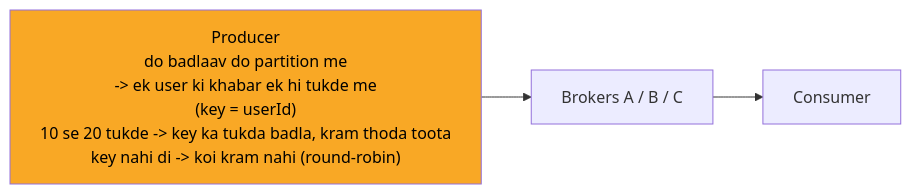
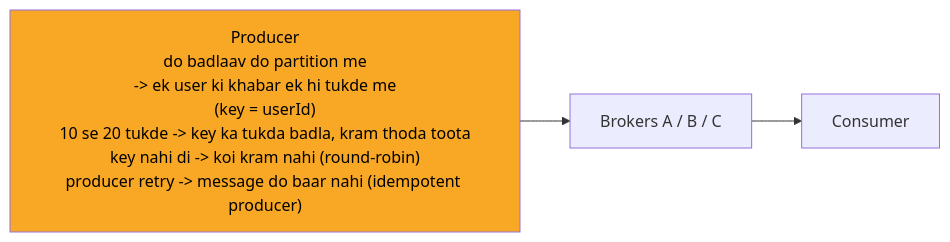
One commit to ArpanMaheshwari144/Prep changed the fourth of 12 diagrams in 04_HLD/SYSTEM_DESIGNS/12_message_queue_kafka/12_message_queue_kafka.md. Above: the diagram before and after it, drawn with Mermaid. The commit also changed 4 other files, not shown here.

Commit message:
hld: 6 zaroori line peele dabbe me wapas (cache hatana, offset, nakli webhook, split brain, idempotent producer, reconnect)

````diff
--- a/04_HLD/SYSTEM_DESIGNS/12_message_queue_kafka/12_message_queue_kafka.md
+++ b/04_HLD/SYSTEM_DESIGNS/12_message_queue_kafka/12_message_queue_kafka.md
@@ -149,10 +149,10 @@
 ```mermaid
 %%{init: {"flowchart": {"wrappingWidth": 450}}}%%
 flowchart LR
-    n_P["Producer<br/>do badlaav do partition me<br/>-> ek user ki khabar ek hi tukde me<br/>(key = userId)<br/>10 se 20 tukde -> key ka tukda badla, kram thoda toota<br/>key nahi di -> koi kram nahi (round-robin)"]
+    n_P["Producer<br/>do badlaav do partition me<br/>-> ek user ki khabar ek hi tukde me<br/>(key = userId)<br/>10 se 20 tukde -> key ka tukda badla, kram thoda toota<br/>key nahi di -> koi kram nahi (round-robin)<br/>producer retry -> message do baar nahi (idempotent producer)"]
     n_B["Brokers A / B / C"]
     n_C["Consumer"]
     n_P --> n_B
     n_B --> n_C
     style n_P fill:#f9a825,color:#000
 ```
````
